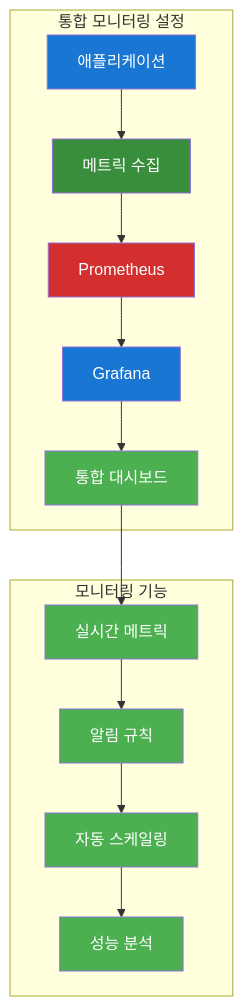
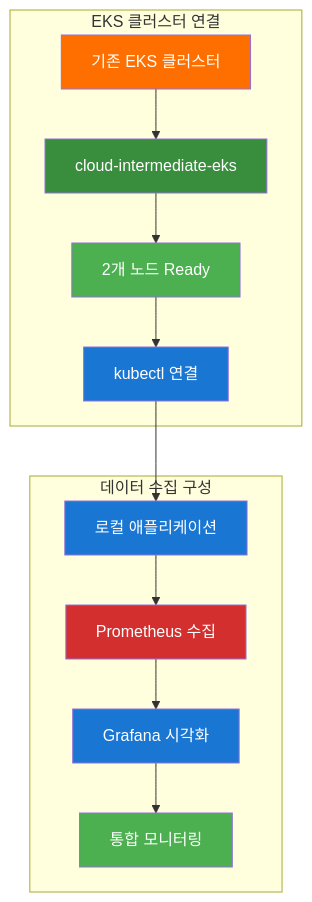
One commit to jungfrau70/mcp_cloud changed the fourth of 9 diagrams in mcp_knowledge_base/cloud_intermediate/lectures/day2/Day2_통합강의안_오후.md. Above: the diagram before and after it, drawn with Mermaid. The commit also changed other lines of this file, not shown here.

Commit message:
Update: 2025-09-30 18:57:06 - "mcp_knowledge_base/cloud_intermediate/lectures/day2/Day2_\355\206\265\355\225\251\352\260\225\354\235\230\354\225\210_\354\230\244\355\233\204.md"

````diff
--- a/mcp_knowledge_base/cloud_intermediate/lectures/day2/Day2_통합강의안_오후.md
+++ b/mcp_knowledge_base/cloud_intermediate/lectures/day2/Day2_통합강의안_오후.md
@@ -357,27 +259,25 @@
 ```mermaid
 flowchart TD
-    subgraph "통합 모니터링 설정"
-        A["애플리케이션"] --> B["메트릭 수집"]
-        B --> C["Prometheus"]
-        C --> D["Grafana"]
-        D --> E["통합 대시보드"]
+    subgraph "EKS 클러스터 연결"
+        A["기존 EKS 클러스터"] --> B["cloud-intermediate-eks"]
+        B --> C["2개 노드 Ready"]
+        C --> D["kubectl 연결"]
     end
     
-    subgraph "모니터링 기능"
-        F["실시간 메트릭"] --> G["알림 규칙"]
-        G --> H["자동 스케일링"]
-        H --> I["성능 분석"]
+    subgraph "데이터 수집 구성"
+        E["로컬 애플리케이션"] --> F["Prometheus 수집"]
+        F --> G["Grafana 시각화"]
+        G --> H["통합 모니터링"]
     end
     
-    E --> F
+    D --> E
     
-    style A fill:#1976d2,color:#ffffff
+    style A fill:#ff6f00,color:#ffffff
     style B fill:#388e3c,color:#ffffff
-    style C fill:#d32f2f,color:#ffffff
+    style C fill:#4caf50,color:#ffffff
     style D fill:#1976d2,color:#ffffff
-    style E fill:#4caf50,color:#ffffff
-    style F fill:#4caf50,color:#ffffff
-    style G fill:#4caf50,color:#ffffff
+    style E fill:#1976d2,color:#ffffff
+    style F fill:#d32f2f,color:#ffffff
+    style G fill:#1976d2,color:#ffffff
     style H fill:#4caf50,color:#ffffff
-    style I fill:#4caf50,color:#ffffff
 ```
````
